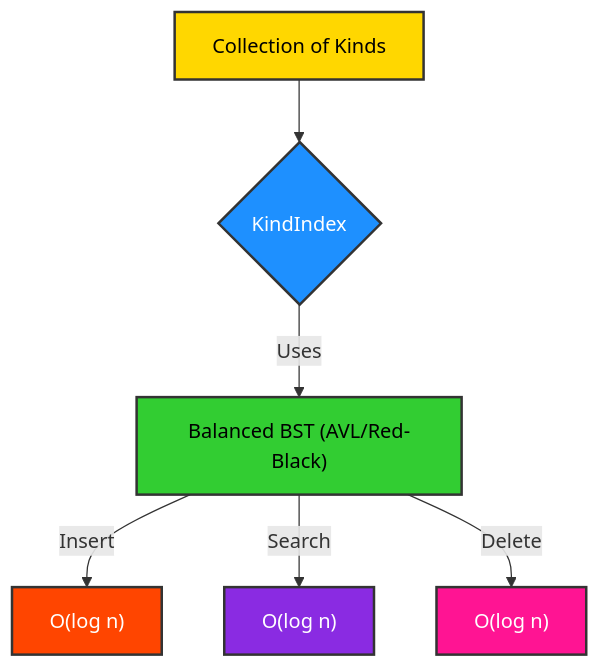
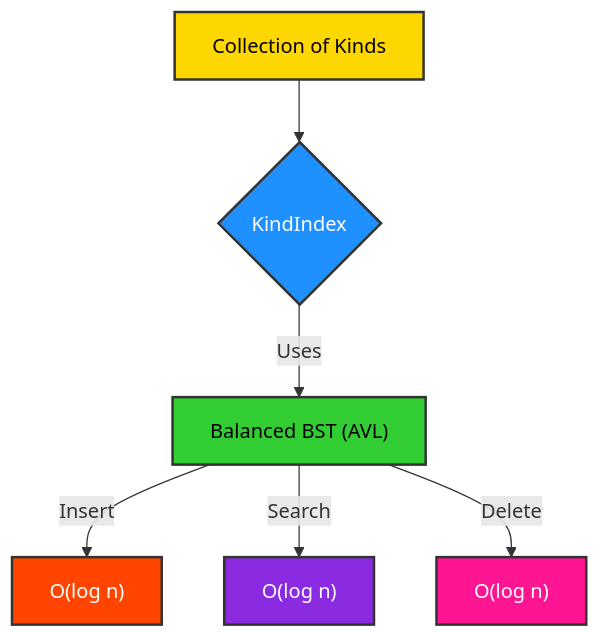
Before and after one commit to ikko/kind: the fourth of 4 diagrams in docs/topics/9_performance/index.md, drawn with Mermaid. The commit also changed other lines of this file and 62 other files, not shown here.

````diff
--- a/docs/topics/9_performance/index.md
+++ b/docs/topics/9_performance/index.md
@@ -213,15 +212,15 @@
 ```mermaid
 graph TD
     A[Collection of Kinds] --> B{KindIndex};
-    B -- "Uses" --> C[Balanced BST #40;AVL/Red-Black#41;];
+    B -- "Uses" --> C[Balanced BST #40;AVL#41;];
     C -- "Insert" --> D[O#40;log n#41;];
     C -- "Search" --> E[O#40;log n#41;];
     C -- "Delete" --> F[O#40;log n#41;];
 
     style A fill:#FFD700,stroke:#333,stroke-width:2px,color:#000000;
     style B fill:#1E90FF,stroke:#333,stroke-width:2px,color:#FFFFFF;
     style C fill:#32CD32,stroke:#333,stroke-width:2px,color:#000000;
     style D fill:#FF4500,stroke:#333,stroke-width:2px,color:#FFFFFF;
     style E fill:#8A2BE2,stroke:#333,stroke-width:2px,color:#FFFFFF;
     style F fill:#FF1493,stroke:#333,stroke-width:2px,color:#FFFFFF;
 ```
````
